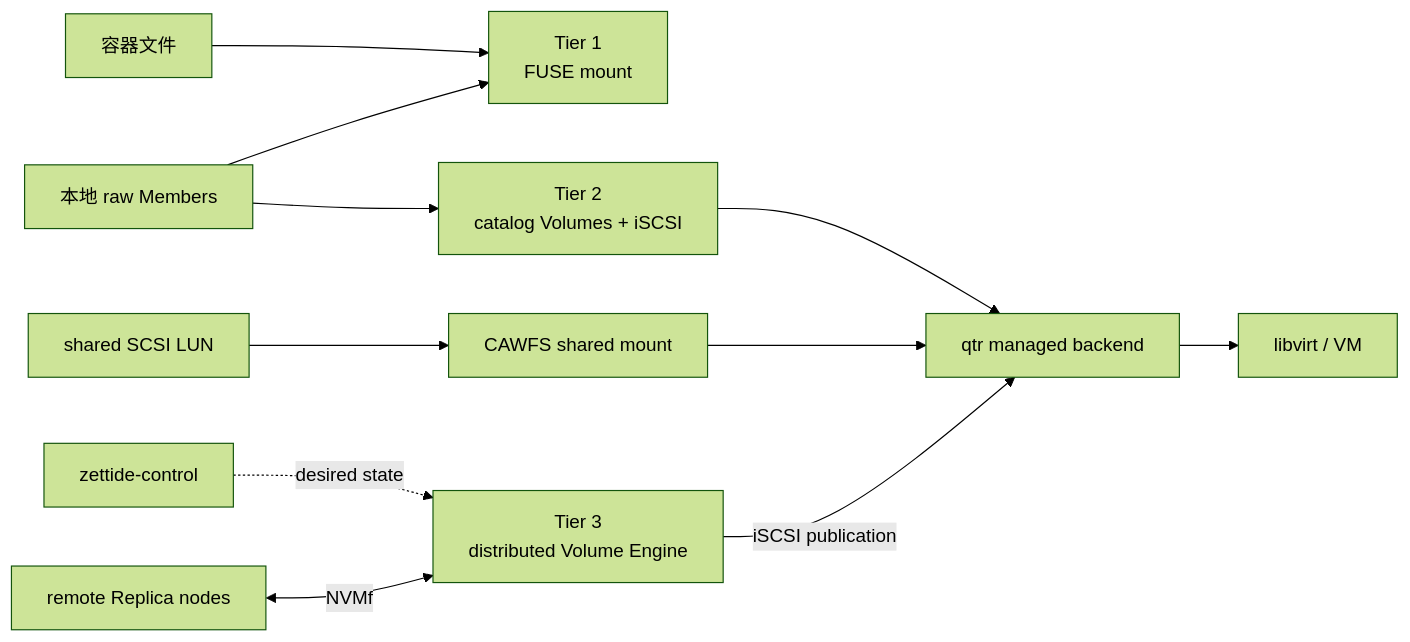
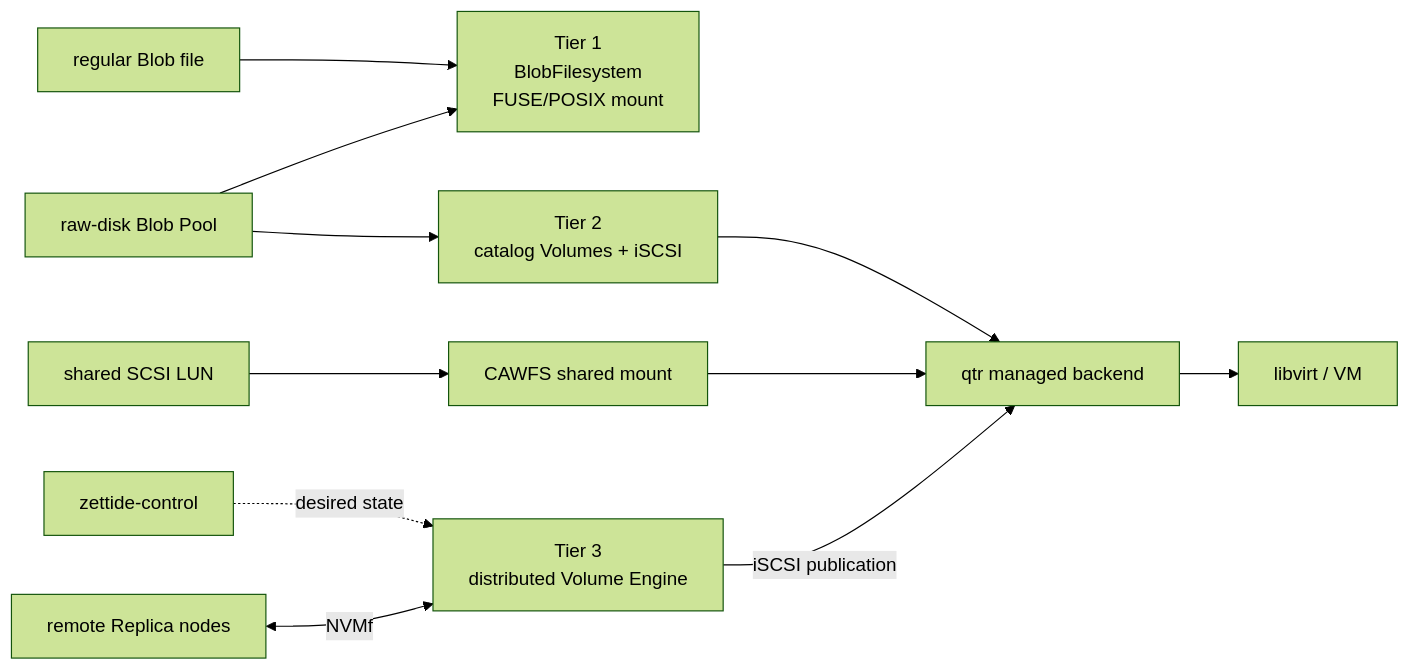
The first of 2 diagrams in docs/architecture/zh-CN/02-system-architecture.md (fanyang89/zettide-mono), drawn with Mermaid (forest theme) before and after one commit. The commit also changed other lines of this file and 5 other files, not shown here.

Commit message:
docs: describe Blob-only storage architecture

````diff
--- a/docs/architecture/zh-CN/02-system-architecture.md
+++ b/docs/architecture/zh-CN/02-system-architecture.md
@@ -7,13 +7,13 @@
 ```mermaid
 flowchart LR
-    File[容器文件] --> T1[Tier 1<br/>FUSE mount]
-    Raw[本地 raw Members] --> T1
+    File[regular Blob file] --> T1[Tier 1<br/>BlobFilesystem<br/>FUSE/POSIX mount]
+    Raw[raw-disk Blob Pool] --> T1
     Raw --> T2[Tier 2<br/>catalog Volumes + iSCSI]
     T2 --> Q[qtr managed backend]
     Q --> VM[libvirt / VM]
     Shared[shared SCSI LUN] --> CAWFS[CAWFS shared mount]
     CAWFS --> Q
     CP[zettide-control] -. desired state .-> T3[Tier 3<br/>distributed Volume Engine]
     Nodes[remote Replica nodes] <-->|NVMf| T3
     T3 -->|iSCSI publication| Q
 ```
````
